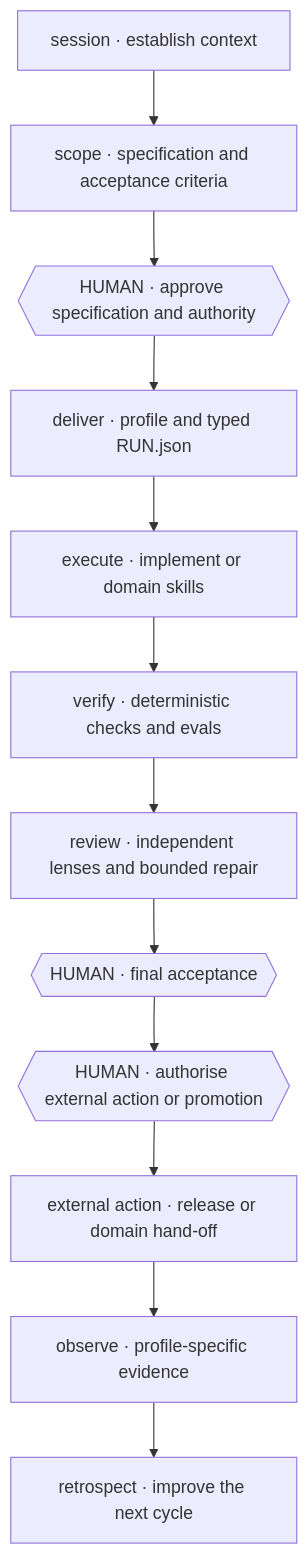
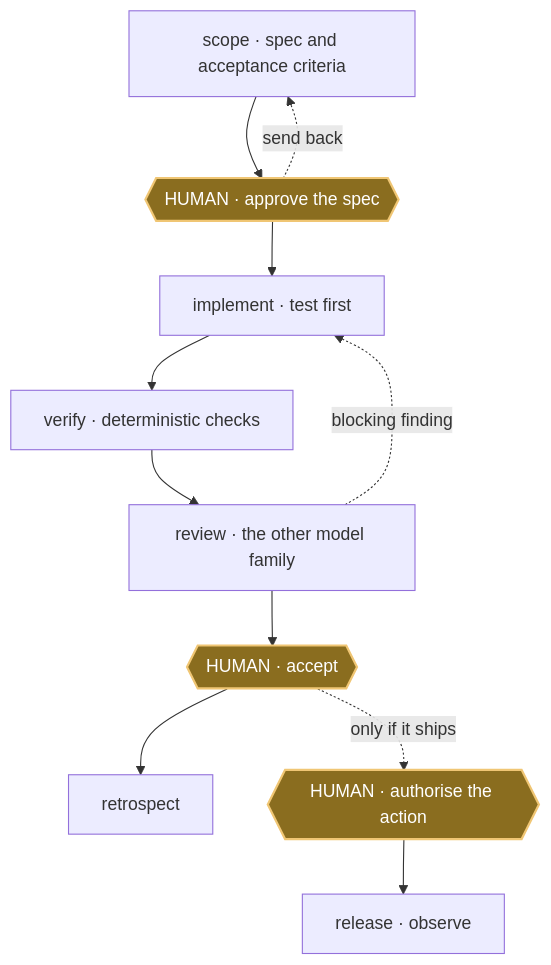
The diagram in README.md (mblauberg/agent-harness), drawn with Mermaid before and after one commit. The commit also changed other lines of this file and 27 other files, not shown here.

First line of the commit message:
docs: overhaul README, split diagrams, rebrand to Provenant

````diff
--- a/README.md
+++ b/README.md
@@ -51,16 +100,18 @@
 ```mermaid
 flowchart TB
-    accTitle: Agent harness lifecycle
-    accDescr: Work moves from context and human-approved intent through a delivery profile, evidence, independent review and acceptance to separately authorised release, observation and improvement.
-    S["session · establish context"] --> P["scope · specification and acceptance criteria"]
-    P --> H1{{"HUMAN · approve specification and authority"}}
-    H1 --> D["deliver · profile and typed RUN.json"]
-    D --> X["execute · implement or domain skills"]
-    X --> V["verify · deterministic checks and evals"]
-    V --> R["review · independent lenses and bounded repair"]
-    R --> H2{{"HUMAN · final acceptance"}}
-    H2 --> H3{{"HUMAN · authorise external action or promotion"}}
-    H3 --> L["external action · release or domain hand-off"]
-    L --> O["observe · profile-specific evidence"]
-    O --> T["retrospect · improve the next cycle"]
+    accTitle: The delivery loop and its three human gates
+    accDescr: After a session sets up clean context, the deliver kernel runs the loop top to bottom: scope writes the specification, a human gate approves it, implement writes the test first, verify runs deterministic checks, and review is the other model family reading the work in a fresh context. Two dotted edges return: the approval gate sends the plan back to scope, and a blocking review finding sends the work back to implement for a bounded repair. A human gate then accepts, which leads to retrospect and the next cycle. Release and observe sit outside the loop, reachable only through a third human gate that authorises the external action.
+    SC["scope · spec and acceptance criteria"] --> G1{{"HUMAN · approve the spec"}}
+    G1 -. "send back" .-> SC
+    G1 --> IM["implement · test first"]
+    IM --> VF["verify · deterministic checks"]
+    VF --> RV["review · the other model family"]
+    RV -. "blocking finding" .-> IM
+    RV --> G2{{"HUMAN · accept"}}
+    G2 --> RT["retrospect"]
+    G2 -. "only if it ships" .-> G3{{"HUMAN · authorise the action"}}
+    G3 --> RL["release · observe"]
+
+    classDef gate fill:#8a6d1f,stroke:#f0c674,color:#ffffff,stroke-width:2px
+    class G1,G2,G3 gate
 ```
````
